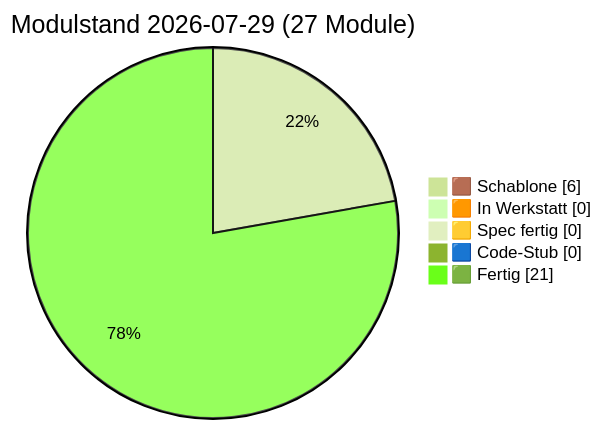
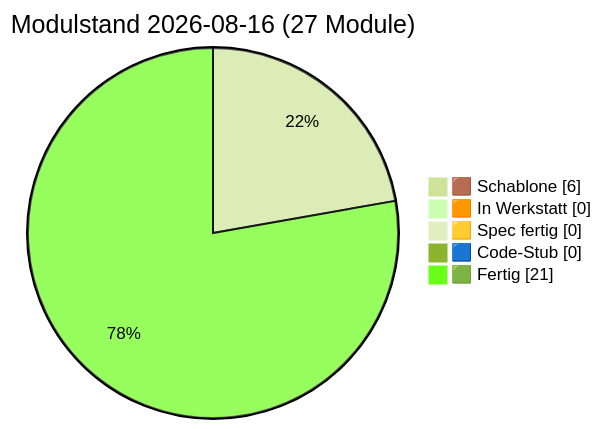
The diagram in docs/PULS.md (lausiklauskn-png/Sage-Protokol), drawn with Mermaid (forest theme) before and after one commit. The commit also changed 1 other file, not shown here.

First paragraph of the commit message:
Drei neue Knoten in der Liste — mit echten Kennungen, nicht mit Behauptungen
Klaus hat vier Sporen aus den Apps geschickt. Damit lässt sich die Liste
wahrheitsgemäß nachziehen; vorher wäre jeder Eintrag eine Andockung gewesen,
die nie stattgefunden hat.

````diff
--- a/docs/PULS.md
+++ b/docs/PULS.md
@@ -21,9 +21,9 @@
 ```mermaid
 pie showData
-  title Modulstand 2026-07-29 (27 Module)
+  title Modulstand 2026-08-16 (27 Module)
   "🟫 Schablone" : 6
   "🟧 In Werkstatt" : 0
   "🟨 Spec fertig" : 0
   "🟦 Code-Stub" : 0
   "🟩 Fertig" : 21
 ```
````
